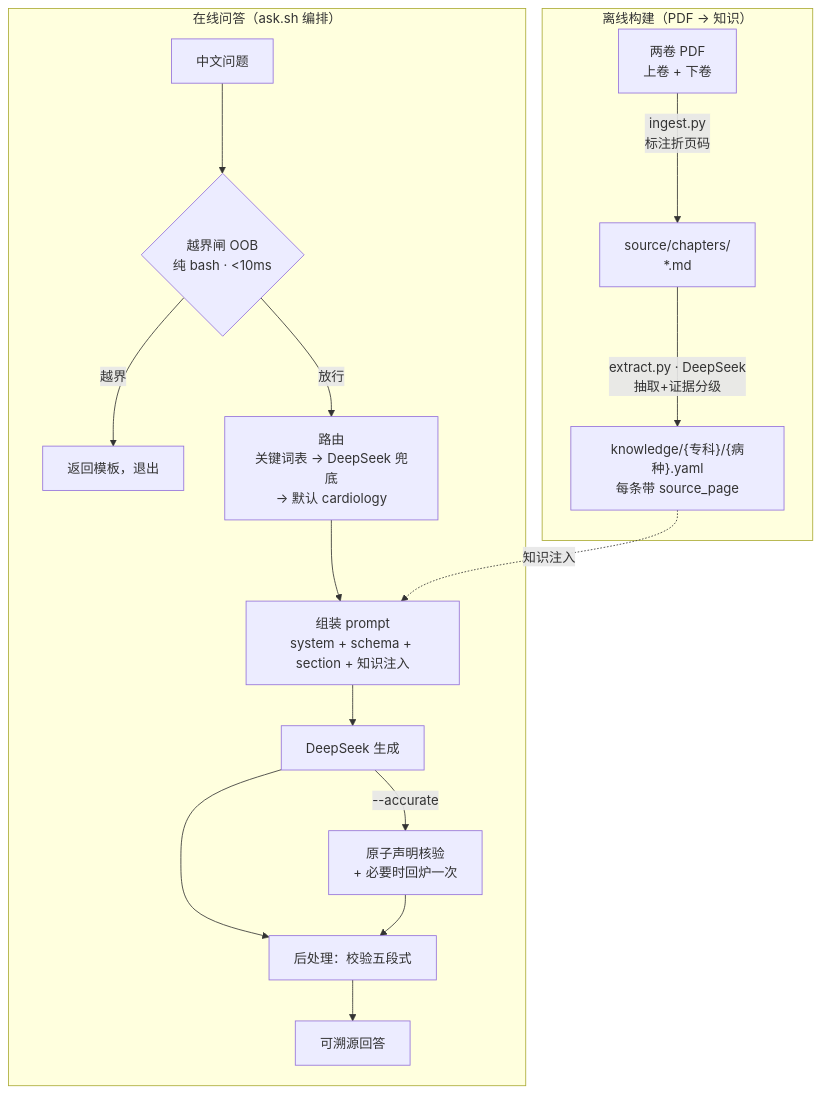
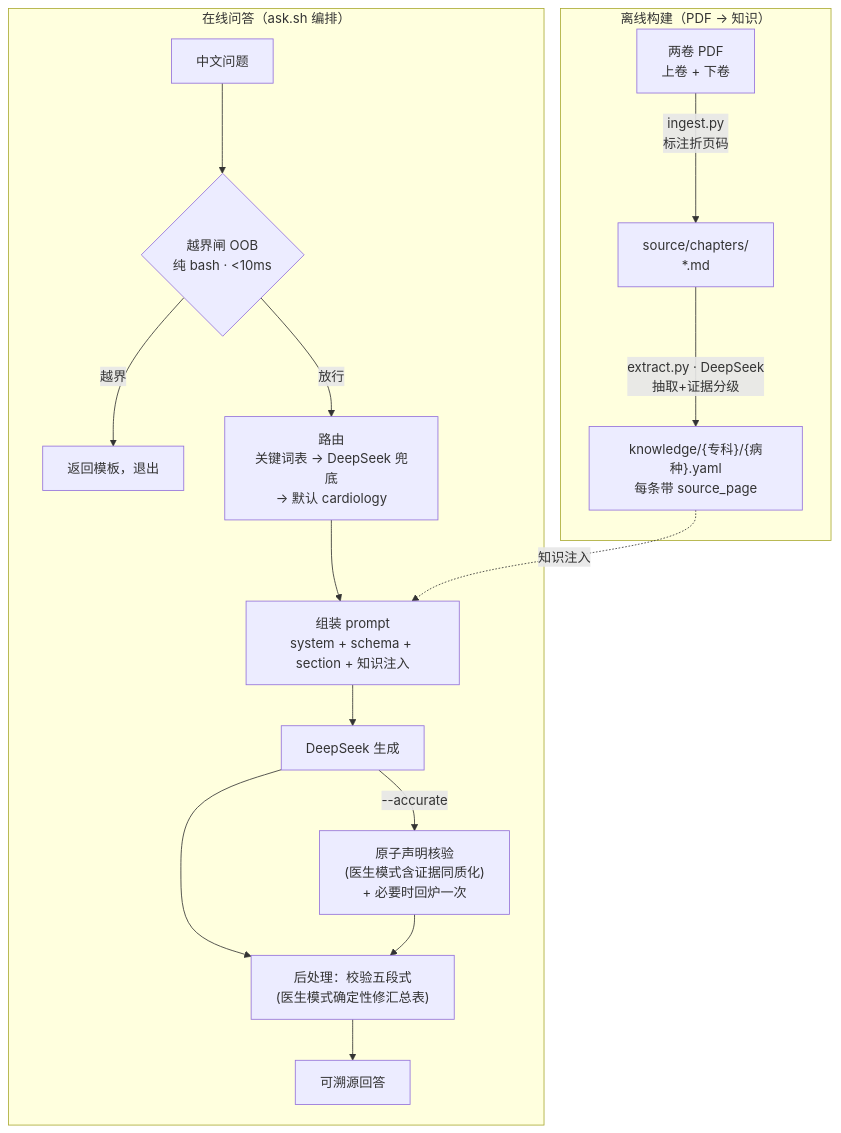
The diagram in README.md (chenhaodev/med-agent-internists), drawn with Mermaid before and after one commit. The commit also changed other lines of this file, not shown here.

````diff
--- a/README.md
+++ b/README.md
@@ -145,21 +147,21 @@
 ```mermaid
 flowchart TB
     subgraph OFFLINE["离线构建（PDF → 知识）"]
         PDF["两卷 PDF<br/>上卷 + 下卷"] -->|ingest.py<br/>标注折页码| MD["source/chapters/<br/>*.md"]
         MD -->|extract.py · DeepSeek<br/>抽取+证据分级| KN["knowledge/{专科}/{病种}.yaml<br/>每条带 source_page"]
     end
 
     subgraph ONLINE["在线问答（ask.sh 编排）"]
         Q["中文问题"] --> OOB{"越界闸 OOB<br/>纯 bash · <10ms"}
         OOB -->|越界| TPL["返回模板，退出"]
         OOB -->|放行| ROUTE["路由<br/>关键词表 → DeepSeek 兜底<br/>→ 默认 cardiology"]
         ROUTE --> BUILD["组装 prompt<br/>system + schema + section + 知识注入"]
         BUILD --> GEN["DeepSeek 生成"]
-        GEN -->|--accurate| VERIFY["原子声明核验<br/>+ 必要时回炉一次"]
-        GEN --> POST["后处理：校验五段式"]
+        GEN -->|--accurate| VERIFY["原子声明核验<br/>(医生模式含证据同质化)<br/>+ 必要时回炉一次"]
+        GEN --> POST["后处理：校验五段式<br/>(医生模式确定性修汇总表)"]
         VERIFY --> POST
         POST --> ANS["可溯源回答"]
     end
 
     KN -.知识注入.-> BUILD
 ```
````
